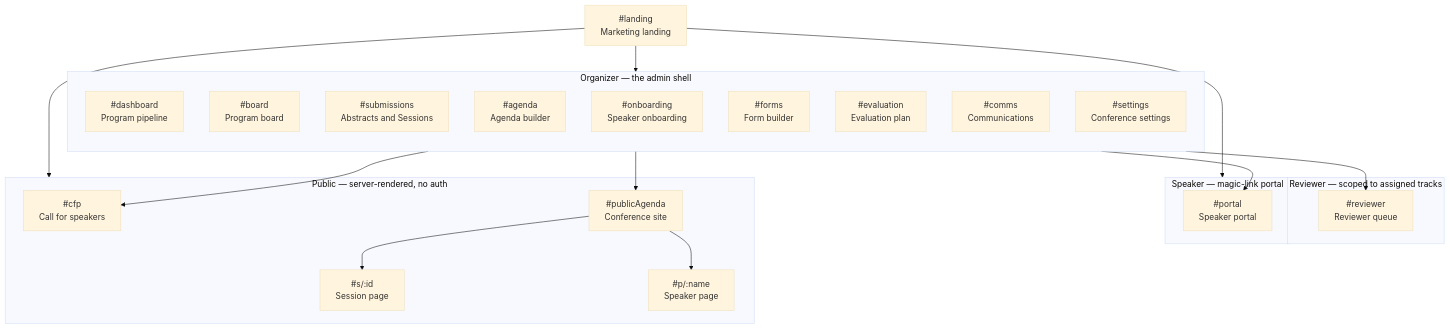
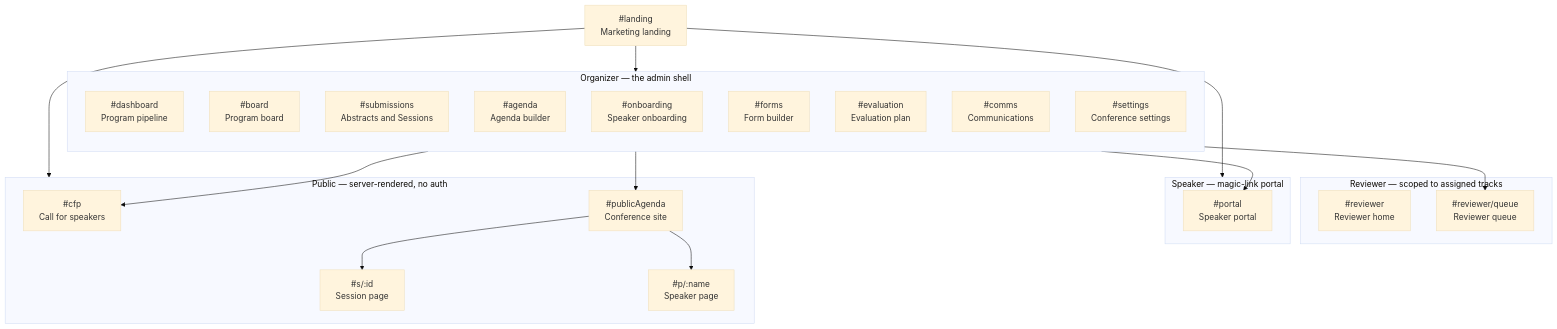
Before and after one commit to Stage-11-Agentics/marquee: the first of 6 diagrams in SITEMAP.md, drawn with Mermaid (base theme). The commit also changed other lines of this file and 12 other files, not shown here.

Commit message:
MRQ-171: give reviewer seat a home

````diff
--- a/SITEMAP.md
+++ b/SITEMAP.md
@@ -15,43 +15,44 @@
 ```mermaid
 flowchart TD
   Landing["#landing<br/>Marketing landing"]
 
   Landing --> Organizer
   Landing --> Speaker
   Landing --> Public
 
   subgraph Organizer["Organizer — the admin shell"]
     direction TB
     Dash["#dashboard<br/>Program pipeline"]
     Board["#board<br/>Program board"]
     Subs["#submissions<br/>Abstracts and Sessions"]
     Agenda["#agenda<br/>Agenda builder"]
     Onboard["#onboarding<br/>Speaker onboarding"]
     Forms["#forms<br/>Form builder"]
     Eval["#evaluation<br/>Evaluation plan"]
     Comms["#comms<br/>Communications"]
     Settings["#settings<br/>Conference settings"]
   end
 
   subgraph Reviewer["Reviewer — scoped to assigned tracks"]
-    Queue["#reviewer<br/>Reviewer queue"]
+    Home["#reviewer<br/>Reviewer home"]
+    Queue["#reviewer/queue<br/>Reviewer queue"]
   end
 
   subgraph Speaker["Speaker — magic-link portal"]
     Portal["#portal<br/>Speaker portal"]
   end
 
   subgraph Public["Public — server-rendered, no auth"]
     CFP["#cfp<br/>Call for speakers"]
     Site["#publicAgenda<br/>Conference site"]
     Session["#s/:id<br/>Session page"]
     Person["#p/:name<br/>Speaker page"]
   end
 
   Eval --> Queue
   Forms --> CFP
   Agenda --> Site
   Site --> Session
   Site --> Person
   Onboard --> Portal
 ```
````
